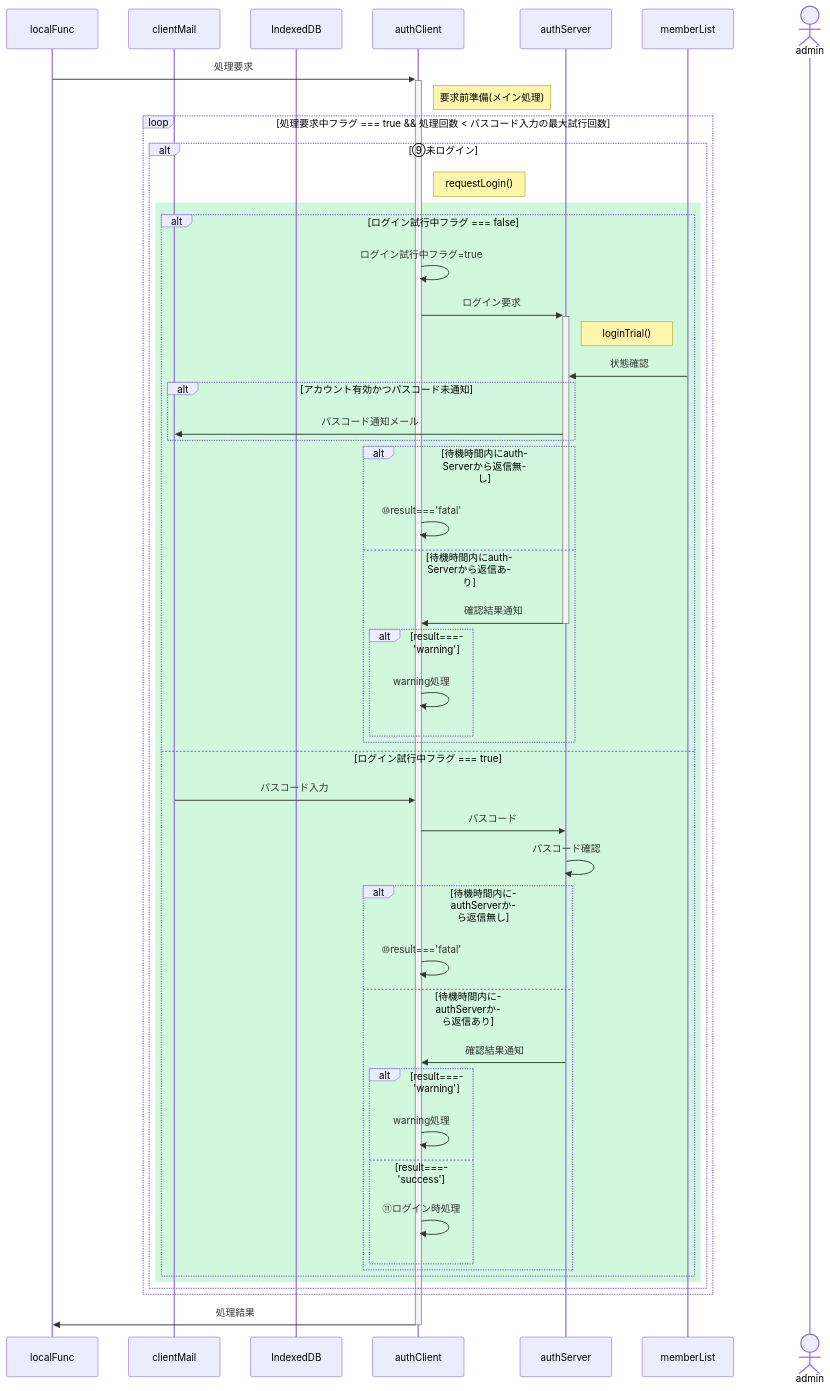
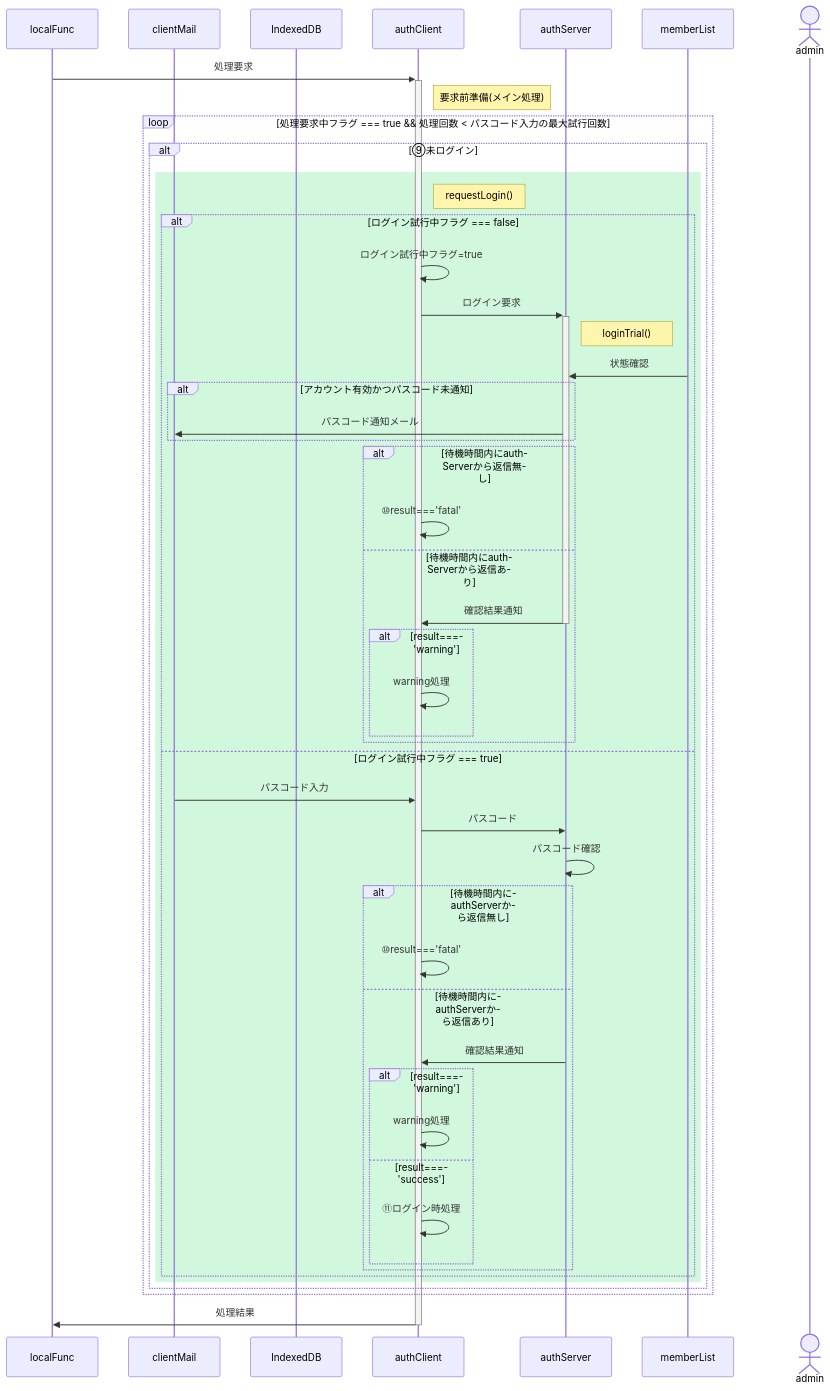
The diagram in underDev/Auth/doc/login.mermaid (nakaone/library), drawn with Mermaid before and after one commit. The commit also changed 17 other files, not shown here.

```diff
--- a/underDev/Auth/doc/login.mermaid
+++ b/underDev/Auth/doc/login.mermaid
@@ -1,64 +1,64 @@
 %% ログイン要求
 
 sequenceDiagram
   %%actor user
   participant localFunc
   participant clientMail
   %%participant encryptRequest
   participant IndexedDB
   participant authClient
   participant authServer
   participant memberList
   %%participant decryptRequest
   %%participant serverFunc
   actor admin
 
   localFunc->>+authClient: 処理要求
   Note right of authClient: 要求前準備(メイン処理)
 
   loop 処理要求中フラグ === true && 処理回数 < パスコード入力の最大試行回数
 
     alt ⑨未ログイン
-      Note right of authClient: requestLogin()
 
       rect rgba(209, 247, 221, 1)
+        Note right of authClient: requestLogin()
 
         alt ログイン試行中フラグ === false
 
           authClient->>authClient: ログイン試行中フラグ=true
           authClient->>+authServer: ログイン要求
           Note right of authServer: loginTrial()
           memberList->>authServer: 状態確認
           alt アカウント有効かつパスコード未通知
             authServer->>clientMail: パスコード通知メール
           end
           alt 待機時間内にauthServerから返信無し
             authClient->>authClient: ⑩result==='fatal'
           else 待機時間内にauthServerから返信あり
             authServer->>-authClient: 確認結果通知
             alt result==='warning'
               authClient->>authClient: warning処理
             end
           end
 
         else ログイン試行中フラグ === true
         
           clientMail->>authClient: パスコード入力
           authClient->>authServer: パスコード
           authServer->>authServer: パスコード確認
           alt 待機時間内にauthServerから返信無し
             authClient->>authClient: ⑩result==='fatal'
           else 待機時間内にauthServerから返信あり
             authServer->>authClient: 確認結果通知
             alt result==='warning'
               authClient->>authClient: warning処理
             else result==='success'
               authClient->>authClient: ⑪ログイン時処理
             end
           end
         end
       end
     end
   end
 
   authClient->>-localFunc: 処理結果
```
